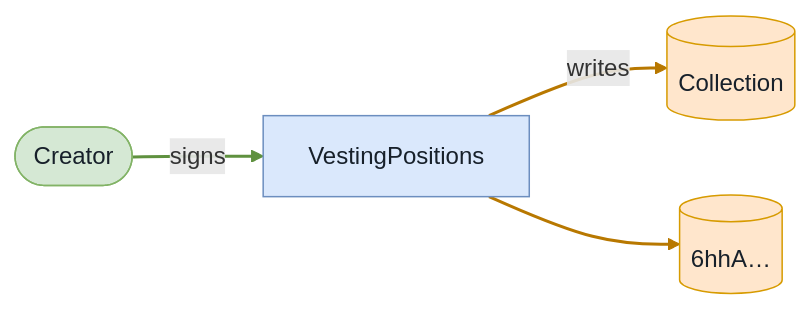
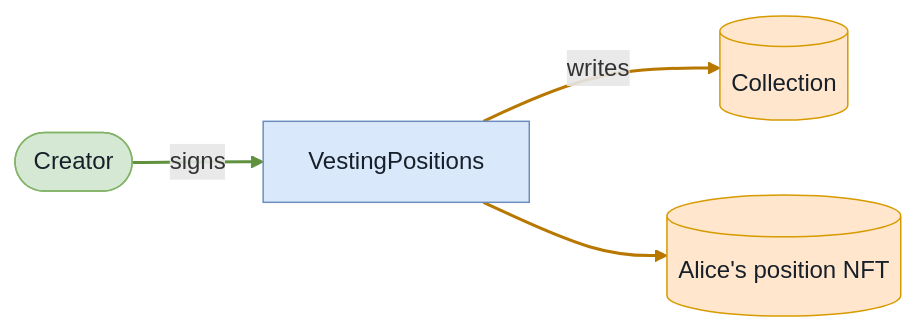
The eighth of 9 diagrams in babelfish-tests/test-report/freeze_asset_fails_without_freeze_plugin.md (cds-turbin3/vesting-position), drawn with Mermaid before and after one commit. The commit also changed other lines of this file and 104 other files, not shown here.

````diff
--- a/babelfish-tests/test-report/freeze_asset_fails_without_freeze_plugin.md
+++ b/babelfish-tests/test-report/freeze_asset_fails_without_freeze_plugin.md
@@ -385,15 +384,15 @@
 ```mermaid
 flowchart LR
     VestingPositions["VestingPositions"]:::program
     Creator(["Creator"]):::signer
     Collection[("Collection")]:::state
-    n6hhA[("6hhA…")]:::state
+    AlicespositionNFT[("Alice's position NFT")]:::state
     Creator -->|signs| VestingPositions
     VestingPositions -->|writes| Collection
-    VestingPositions --> n6hhA
+    VestingPositions --> AlicespositionNFT
     classDef program fill:#dae8fc,stroke:#6c8ebf,color:#17202a;
     classDef signer fill:#d5e8d4,stroke:#82b366,color:#17202a;
     classDef state fill:#ffe6cc,stroke:#d79b00,color:#17202a;
     linkStyle 0 stroke:#5f913f,stroke-width:2px
     linkStyle 1,2 stroke:#b87800,stroke-width:2px
 ```
````
